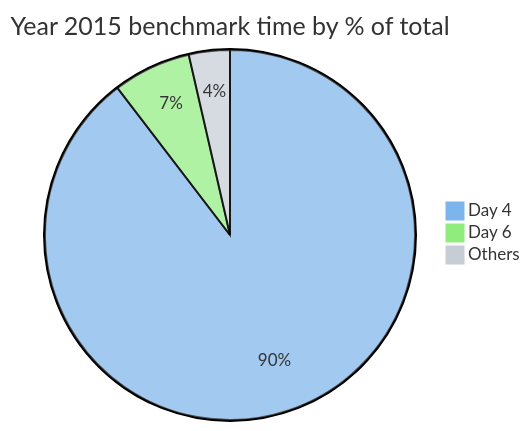
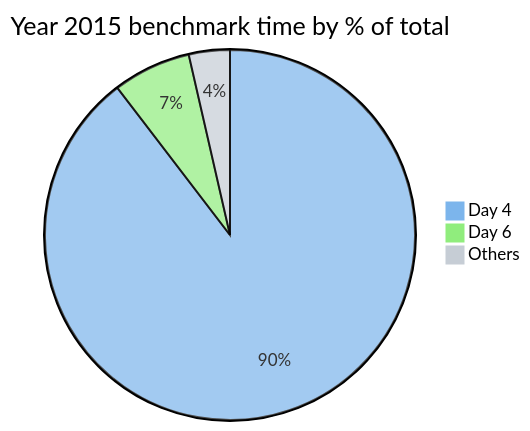
The seventh of 7 diagrams in README.md (maneatingape/advent-of-code-rust), drawn with Mermaid before and after one commit. The commit also changed other lines of this file, not shown here.

Commit message:
Update benchmark data and graphs

````diff
--- a/README.md
+++ b/README.md
@@ -274,8 +282,8 @@
 ```mermaid
-%%{init: {'theme': 'base', 'themeVariables': { 'pie1': '#7cb5ec', 'pie2': '#90ed7d', 'pie3': '#c6cdd5'}}}%%
+%%{init: {"themeVariables": { "pie1": "#7cb5ec", "pie2": "#90ed7d", "pie3": "#c6cdd5"}}}%%
 pie
     title Year 2015 benchmark time by % of total
     "Day 4" : 76000
     "Day 6" : 5780
     "Others" : 3037
 ```
````
